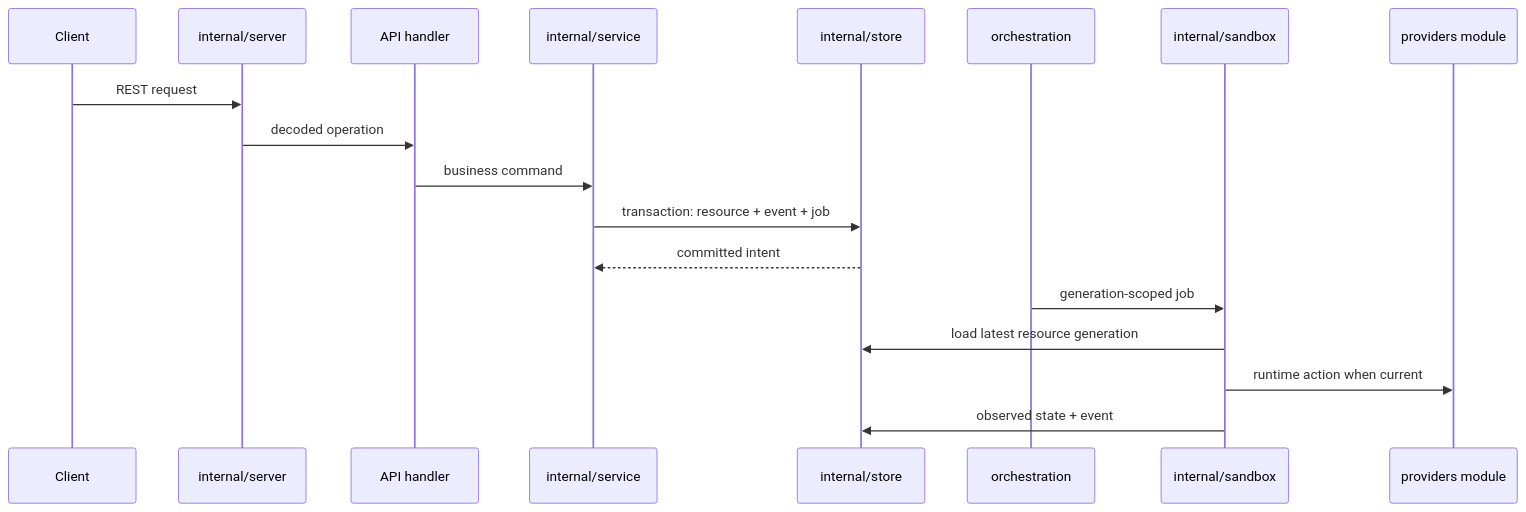
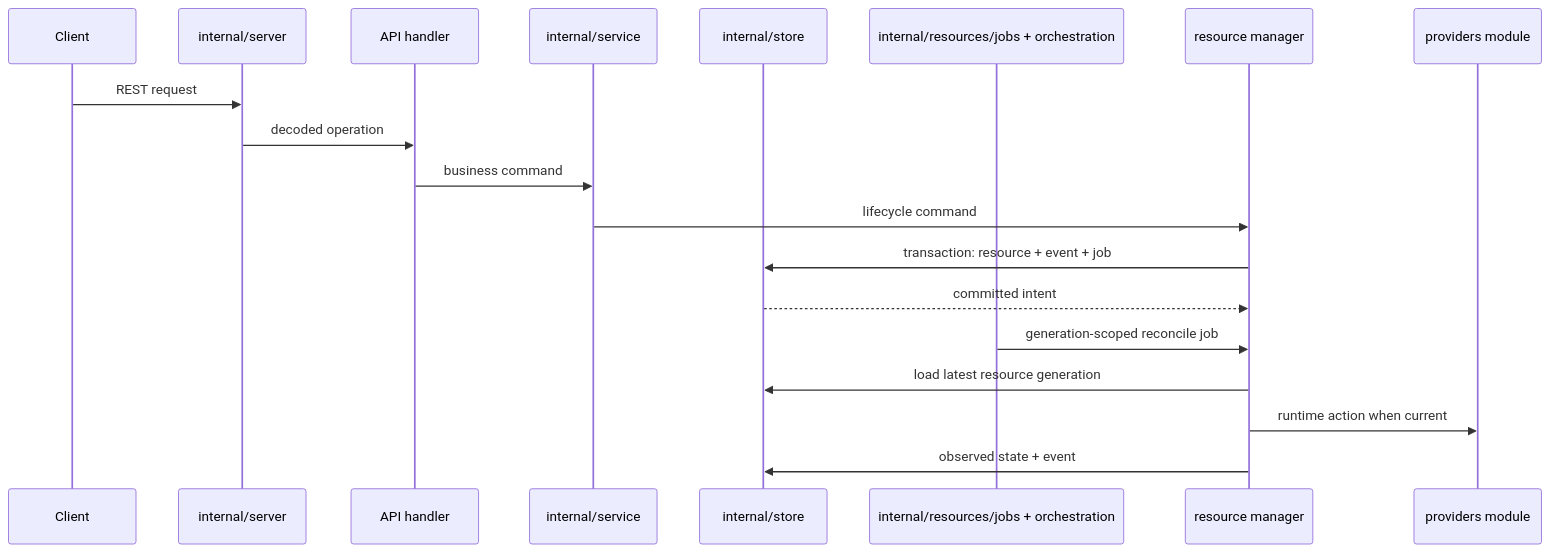
One commit to discobox-ai/discobox changed the second of 2 diagrams in server/DESIGN.md. Above: the diagram before and after it, drawn with Mermaid. The commit also changed other lines of this file and 87 other files, not shown here.

````diff
--- a/server/DESIGN.md
+++ b/server/DESIGN.md
@@ -82,21 +86,22 @@
 ```mermaid
 sequenceDiagram
     participant Client
     participant Router as internal/server
     participant API as API handler
     participant Service as internal/service
     participant Store as internal/store
-    participant Jobs as orchestration
-    participant Reconciler as internal/sandbox
+    participant Jobs as internal/resources/jobs + orchestration
+    participant Manager as resource manager
     participant Provider as providers module
 
     Client->>Router: REST request
     Router->>API: decoded operation
     API->>Service: business command
-    Service->>Store: transaction: resource + event + job
-    Store-->>Service: committed intent
-    Jobs->>Reconciler: generation-scoped job
-    Reconciler->>Store: load latest resource generation
-    Reconciler->>Provider: runtime action when current
-    Reconciler->>Store: observed state + event
+    Service->>Manager: lifecycle command
+    Manager->>Store: transaction: resource + event + job
+    Store-->>Manager: committed intent
+    Jobs->>Manager: generation-scoped reconcile job
+    Manager->>Store: load latest resource generation
+    Manager->>Provider: runtime action when current
+    Manager->>Store: observed state + event
 ```
````
